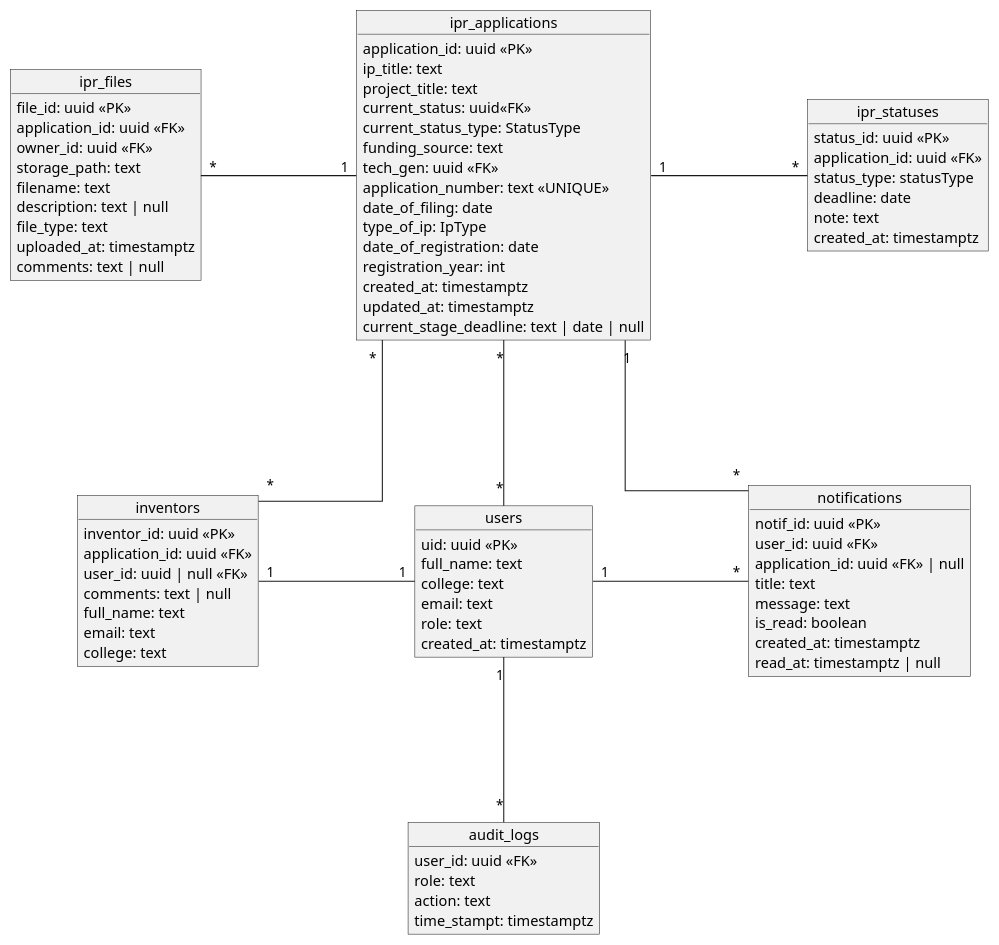
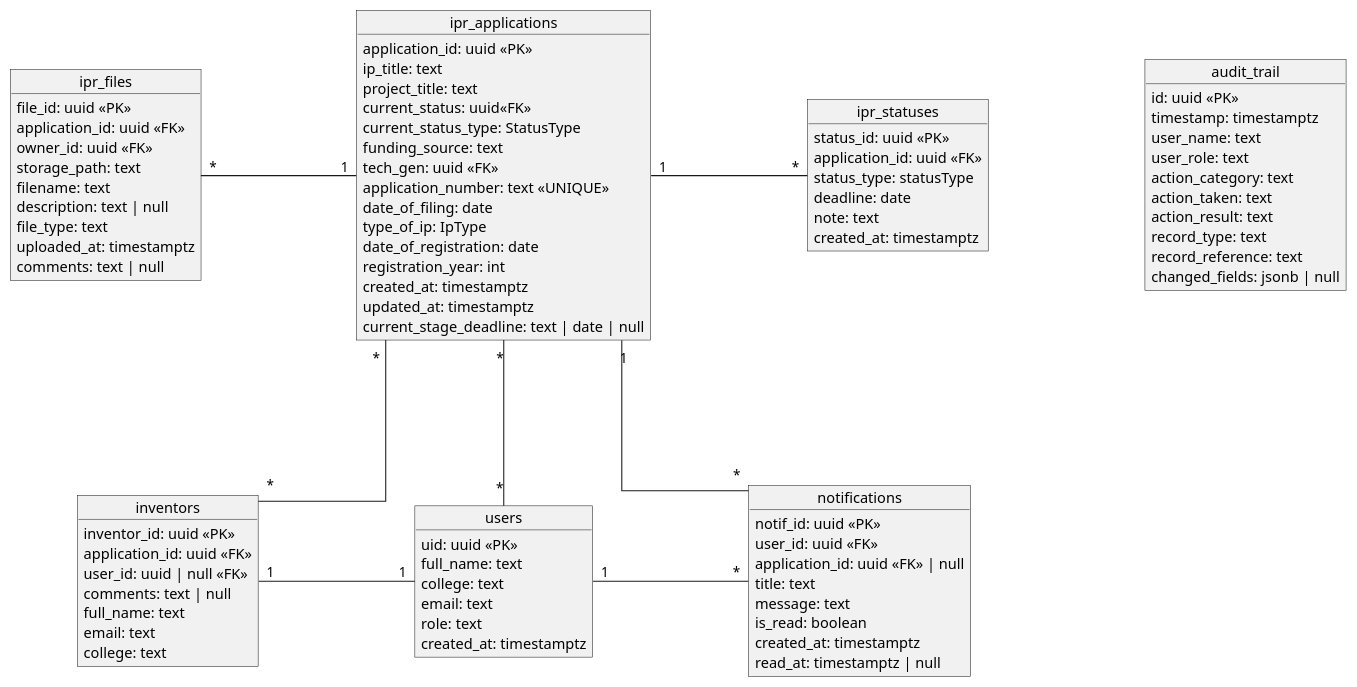
Before and after one commit to jrolana/iris: the diagram in uml diagrams code/db_design.wsd, drawn with PlantUML. The commit also changed 5 other files, not shown here.

Commit message:
[Olana][Paper] Changed audit trail schema

```diff
--- a/uml diagrams code/db_design.wsd
+++ b/uml diagrams code/db_design.wsd
@@ -1,97 +1,102 @@
 @startuml
 
 hide circle
 skinparam objectAttributeIconSize 0
 skinparam linetype ortho
 skinparam NodeSep 150
 skinparam RankSep 140
 
 
 
 object "users" as users {
   uid: uuid <<PK>>
   full_name: text
   college: text
   email: text
   role: text
   created_at: timestamptz
 }
 '
 object "ipr_applications" as applications {
   application_id: uuid <<PK>>
   ip_title: text
   project_title: text
   current_status: uuid<<FK>>
   ' for easy access of type (cached)
   current_status_type: StatusType 
   funding_source: text
   tech_gen: uuid <<FK>>
   application_number: text <<UNIQUE>>
   date_of_filing: date
   type_of_ip: IpType
   date_of_registration: date
   registration_year: int
   created_at: timestamptz
   updated_at: timestamptz
   current_stage_deadline: text | date | null
 }
 
 object "notifications" as notifs{
   notif_id: uuid <<PK>>
   user_id: uuid <<FK>>
   application_id: uuid <<FK>> | null
   title: text
   message: text
   is_read: boolean
   created_at: timestamptz
   read_at: timestamptz | null
 }
 
 object "ipr_statuses" as statuses {
   status_id: uuid <<PK>>
   application_id: uuid <<FK>>
   status_type: statusType
   deadline: date
   note: text
   created_at: timestamptz
 }
 
 object "ipr_files" as files {
   file_id: uuid <<PK>>
   application_id: uuid <<FK>>
   owner_id: uuid <<FK>>
   storage_path: text
   filename: text
   description: text | null
   file_type: text
   uploaded_at: timestamptz
   comments: text | null
 }
 
 object "inventors" as inv {
   inventor_id: uuid <<PK>>
   application_id: uuid <<FK>>
   user_id: uuid | null <<FK>>
   comments: text | null
   full_name: text
   email: text
   college: text
 }
 
-object "audit_logs"  as aud{
-  user_id: uuid <<FK>>
-  role: text
-  action: text
-  time_stampt: timestamptz
+object "audit_trail" as audit {
+  id: uuid <<PK>>
+  timestamp: timestamptz
+  user_name: text
+  user_role: text
+  action_category: text
+  action_taken: text
+  action_result: text
+  record_type: text
+  record_reference: text
+  changed_fields: jsonb | null
 }
 
 applications "1" -left- "*" files
 users "*" -up- "*" applications
 applications "1" -right- "*" statuses
 applications "*" -- "*" inv
 applications "1" -- "*" notifs
 users "1" -right- "*" notifs
 inv "1" -right- "1" users
-users "1" -down- "*" aud
 
 @enduml
```
